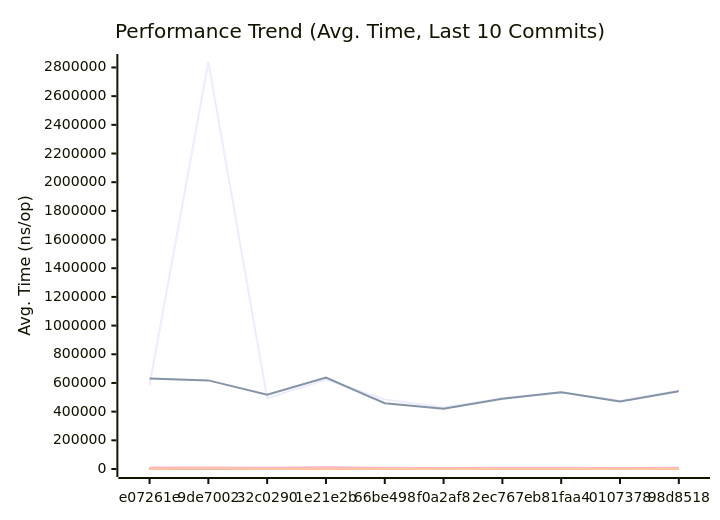
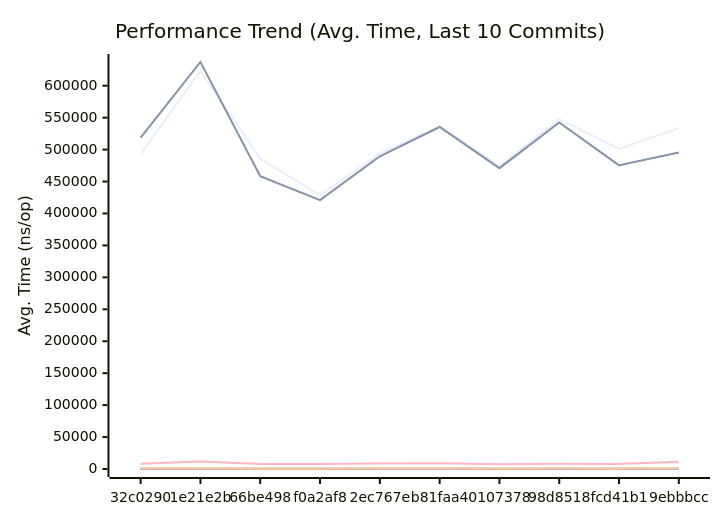
One commit to alsotoes/momo changed the first of 3 diagrams in docs/PERFORMANCE.md. Above: the diagram before and after it, drawn with Mermaid. The commit also changed other lines of this file and 4 other files, not shown here.

````diff
--- a/docs/PERFORMANCE.md
+++ b/docs/PERFORMANCE.md
@@ -145,20 +145,20 @@
 ```mermaid
 xychart-beta
     title "Performance Trend (Avg. Time, Last 10 Commits)"
     x-axis "Commit"
     y-axis "Avg. Time (ns/op)"
-    x-axis [e07261e,9de7002,32c0290,1e21e2b,66be498,f0a2af8,2ec767e,b81faa4,0107378,98d8518]
-    line "AWSChunkedReaderSigned" [584226,2838201,493329,623314,485586,428699,494161,536055,474487,547638]
-    line "AWSChunkedReaderUnsigned" [631654,617880,518620,637133,458443,420916,489488,535372,470934,542477]
-    line "CheckMetricsAndSwap" [9,16,10,13,9,8,8,11,8,9]
-    line "CrushOptimized" [439,381,353,419,355,342,351,359,357,366]
-    line "CrushOriginal" [664,686,549,628,459,465,587,501,444,519]
-    line "IndexDirectTracking" [0,1,0,1,0,0,0,0,0,0]
-    line "IndexSearch" [2,3,2,3,3,3,3,3,3,3]
-    line "LoadGlobalConfig" [10900,10925,8352,11680,7877,7811,8699,9154,7311,8381]
-    line "PadString" [64,66,53,64,43,49,49,50,41,54]
+    x-axis [32c0290,1e21e2b,66be498,f0a2af8,2ec767e,b81faa4,0107378,98d8518,fcd41b1,9ebbbcc]
+    line "AWSChunkedReaderSigned" [493329,623314,485586,428699,494161,536055,474487,547638,501193,533599]
+    line "AWSChunkedReaderUnsigned" [518620,637133,458443,420916,489488,535372,470934,542477,475383,495431]
+    line "CheckMetricsAndSwap" [10,13,9,8,8,11,8,9,8,9]
+    line "CrushOptimized" [353,419,355,342,351,359,357,366,378,418]
+    line "CrushOriginal" [549,628,459,465,587,501,444,519,462,531]
+    line "IndexDirectTracking" [0,1,0,0,0,0,0,0,0,0]
+    line "IndexSearch" [2,3,3,3,3,3,3,3,3,3]
+    line "LoadGlobalConfig" [8352,11680,7877,7811,8699,9154,7311,8381,7902,11385]
+    line "PadString" [53,64,43,49,49,50,41,54,44,47]
     line "ParseReplicationOrder_NoPrealloc" [350,349,357,354,345,225,229,165,232,234]
     line "ParseReplicationOrder_Prealloc" [229,231,237,234,229,108,107,80,110,109]
-    line "SanitizeLog/Safe" [496,673,440,585,444,426,532,520,440,468]
-    line "SanitizeLog/Unsafe" [826,1502,669,794,568,519,657,616,544,677]
+    line "SanitizeLog/Safe" [440,585,444,426,532,520,440,468,490,466]
+    line "SanitizeLog/Unsafe" [669,794,568,519,657,616,544,677,581,635]
 ```
````
